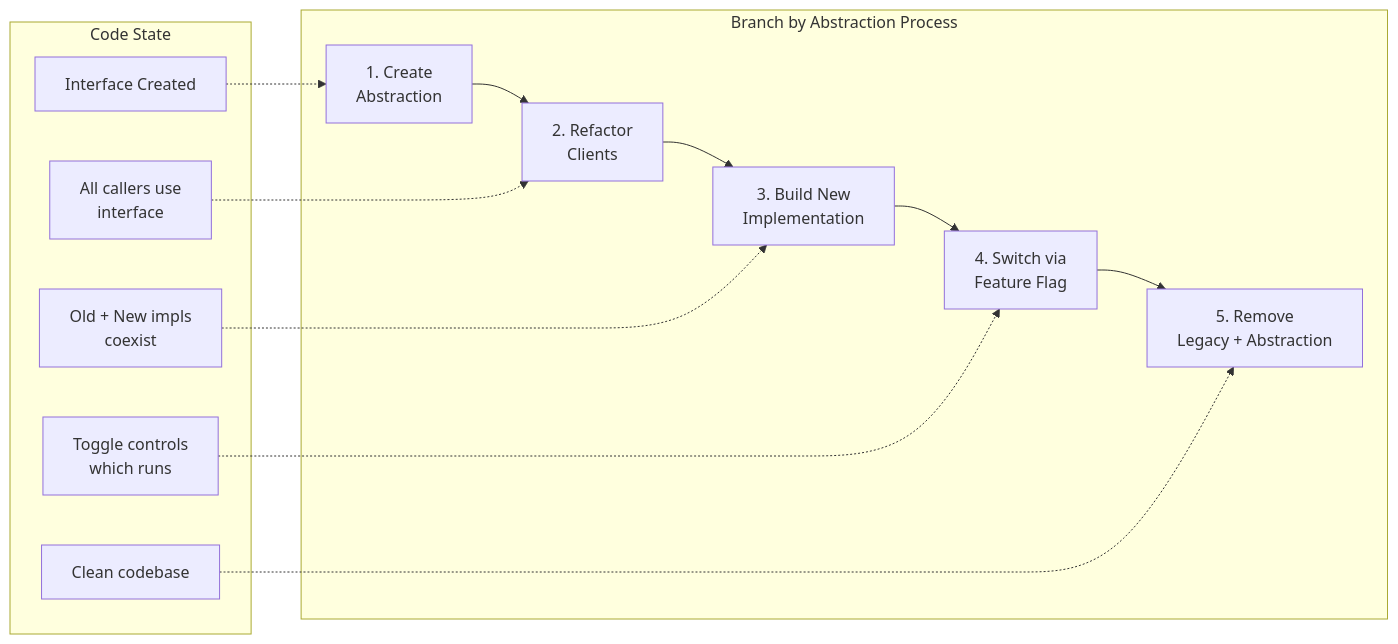
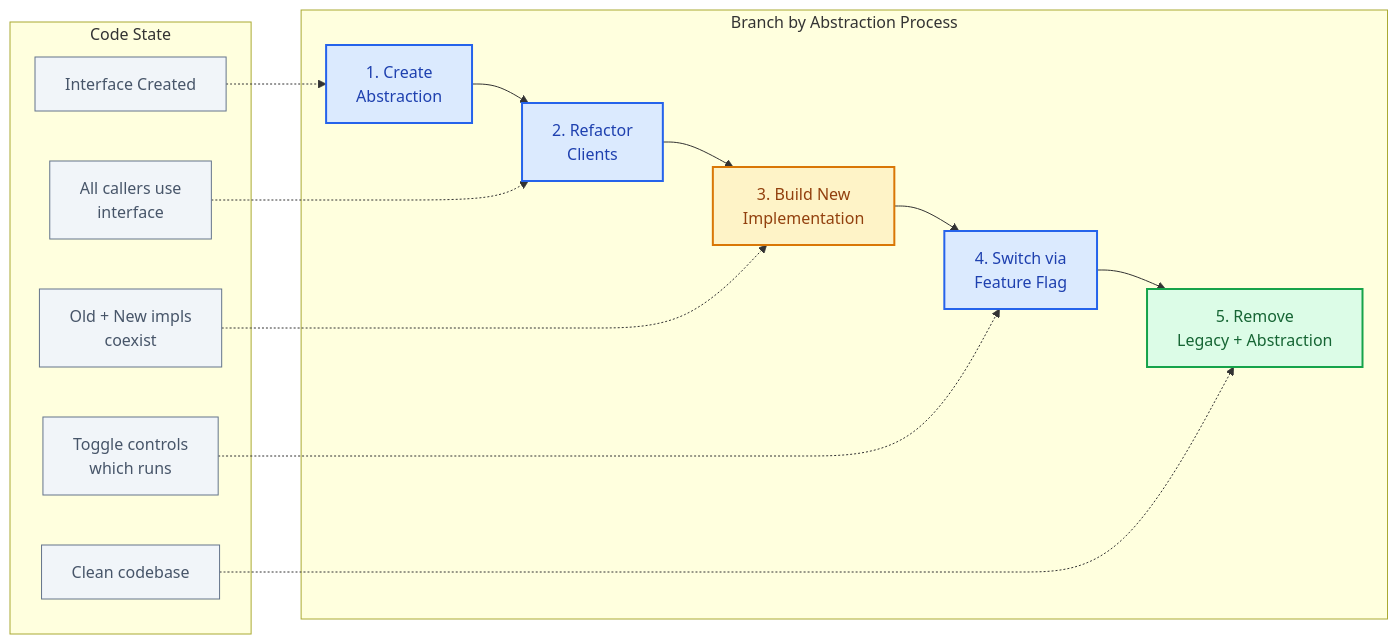
The first of 4 diagrams in gemini-responses/branch-by-abstraction-20260120-0919.md (udaytamma/Cyrus), drawn with Mermaid before and after one commit. The commit also changed other lines of this file and 28 other files, not shown here.

First line of the commit message:
Upgrade Knowledge Base Mermaid diagrams to professional styling

````diff
--- a/gemini-responses/branch-by-abstraction-20260120-0919.md
+++ b/gemini-responses/branch-by-abstraction-20260120-0919.md
@@ -43,17 +43,28 @@
 ```mermaid
 flowchart LR
-    subgraph "Branch by Abstraction Process"
+    subgraph Process["Branch by Abstraction Process"]
         A["1. Create<br/>Abstraction"] --> B["2. Refactor<br/>Clients"]
         B --> C["3. Build New<br/>Implementation"]
         C --> D["4. Switch via<br/>Feature Flag"]
         D --> E["5. Remove<br/>Legacy + Abstraction"]
     end
 
-    subgraph "Code State"
+    subgraph State["Code State"]
         A1["Interface Created"] -.-> A
         B1["All callers use<br/>interface"] -.-> B
         C1["Old + New impls<br/>coexist"] -.-> C
         D1["Toggle controls<br/>which runs"] -.-> D
         E1["Clean codebase"] -.-> E
     end
+
+    classDef primary fill:#dbeafe,stroke:#2563eb,color:#1e40af,stroke-width:2px
+    classDef success fill:#dcfce7,stroke:#16a34a,color:#166534,stroke-width:2px
+    classDef warning fill:#fef3c7,stroke:#d97706,color:#92400e,stroke-width:2px
+    classDef neutral fill:#f1f5f9,stroke:#64748b,color:#475569,stroke-width:1px
+
+    class A,B primary
+    class C warning
+    class D primary
+    class E success
+    class A1,B1,C1,D1,E1 neutral
 ```
````
